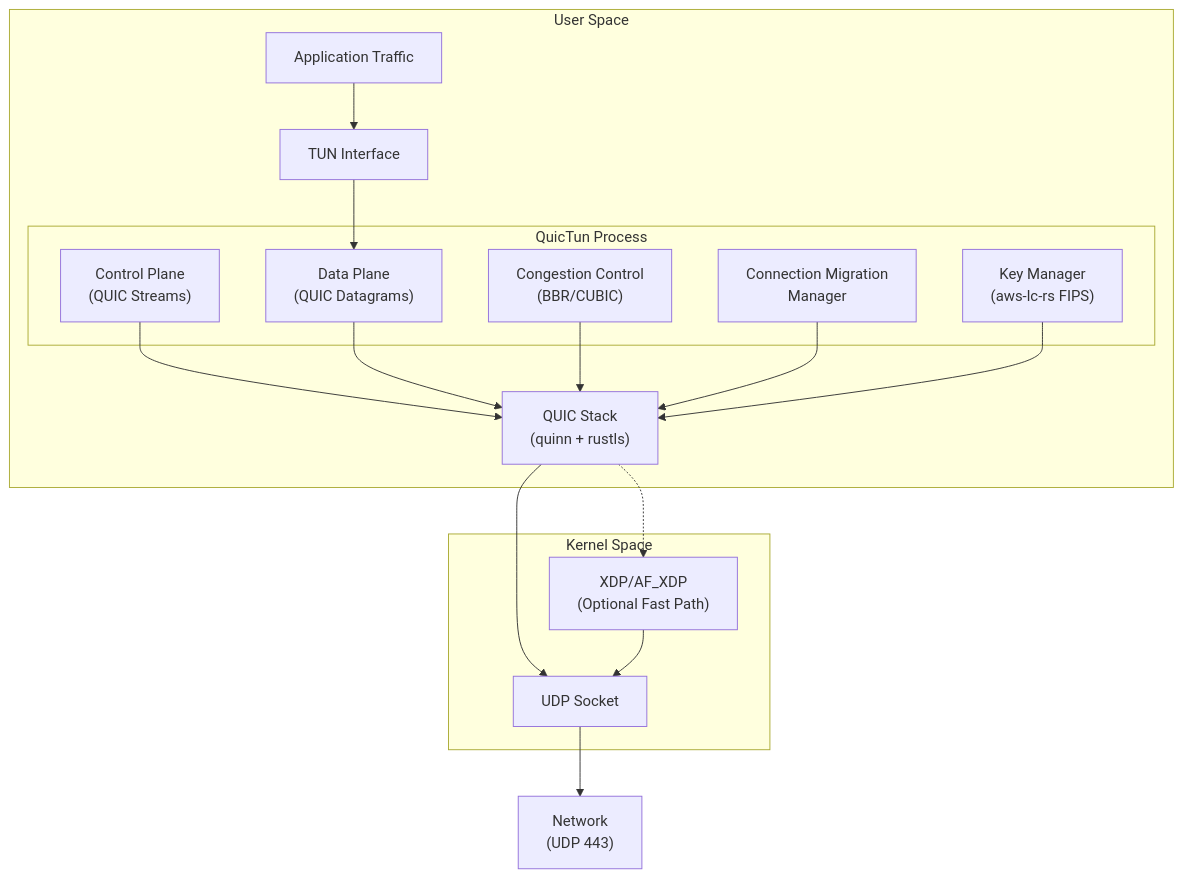
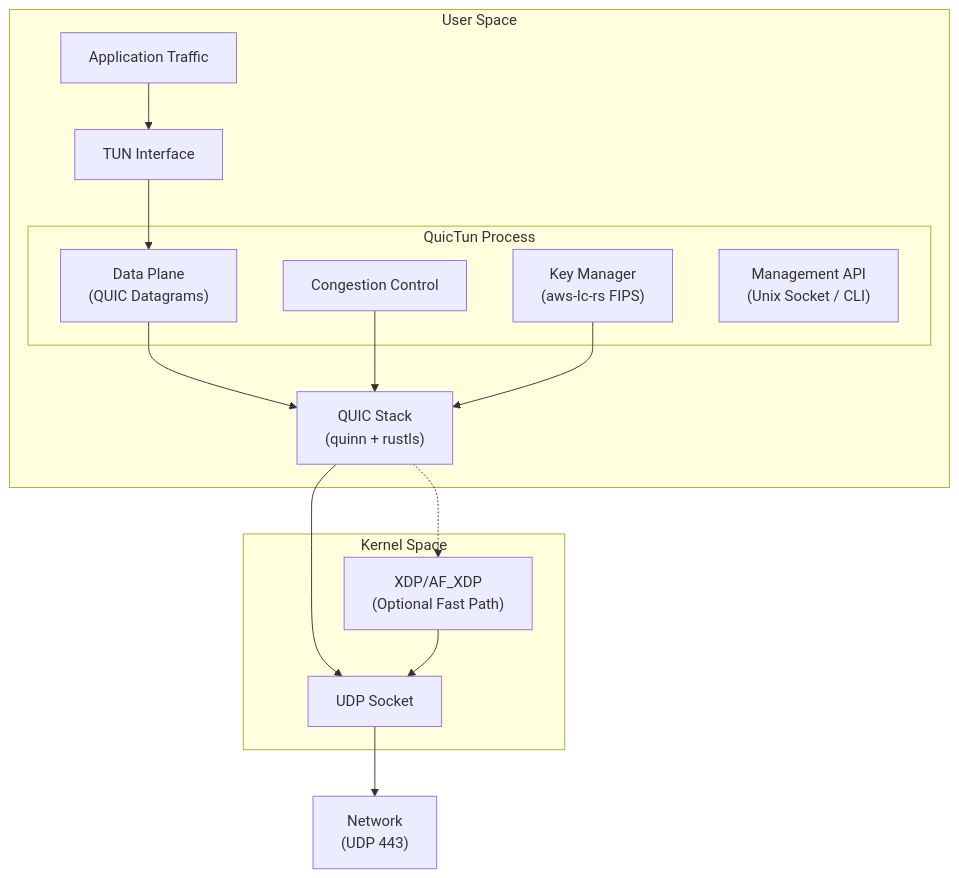
The first of 4 diagrams in docs/whitepaper.md (ghatdev/quictun), drawn with Mermaid before and after one commit. The commit also changed other lines of this file, not shown here.

First line of the commit message:
update whitepaper: remove in-band control plane references

````diff
--- a/docs/whitepaper.md
+++ b/docs/whitepaper.md
@@ -189,36 +191,33 @@
 ```mermaid
 graph TB
     subgraph "User Space"
         App["Application Traffic"]
         TUN["TUN Interface"]
 
         subgraph "QuicTun Process"
-            CP["Control Plane<br/>(QUIC Streams)"]
             DP["Data Plane<br/>(QUIC Datagrams)"]
-            CC["Congestion Control<br/>(BBR/CUBIC)"]
-            CM["Connection Migration<br/>Manager"]
+            CC["Congestion Control"]
             KM["Key Manager<br/>(aws-lc-rs FIPS)"]
+            MGMT["Management API<br/>(Unix Socket / CLI)"]
         end
 
         QUIC["QUIC Stack<br/>(quinn + rustls)"]
     end
 
     subgraph "Kernel Space"
         XDP["XDP/AF_XDP<br/>(Optional Fast Path)"]
         UDP["UDP Socket"]
     end
 
     NET["Network<br/>(UDP 443)"]
 
     App --> TUN
     TUN --> DP
-    CP --> QUIC
     DP --> QUIC
     CC --> QUIC
-    CM --> QUIC
     KM --> QUIC
     QUIC --> UDP
     QUIC -.-> XDP
     XDP --> UDP
     UDP --> NET
 ```
````
